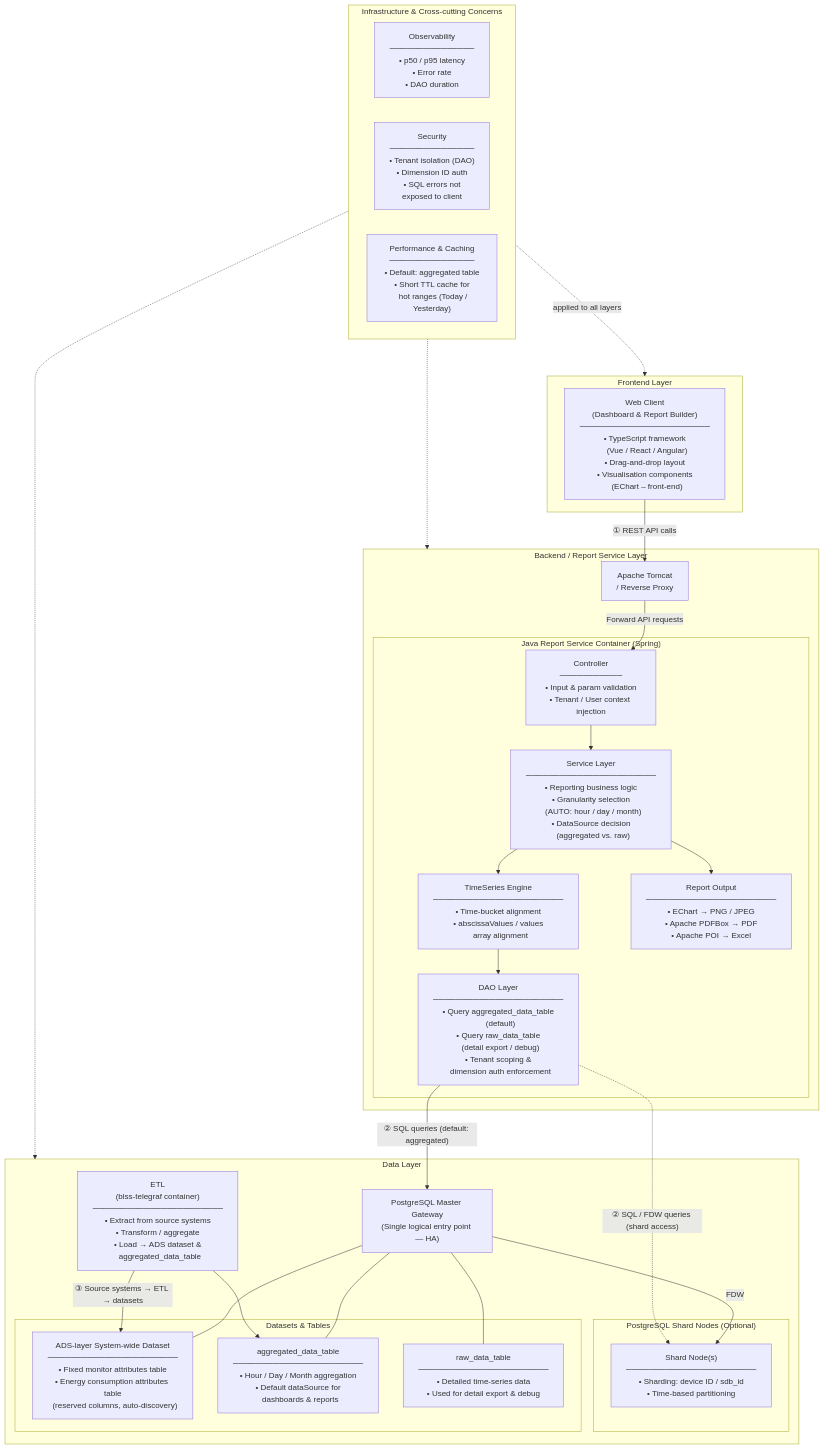
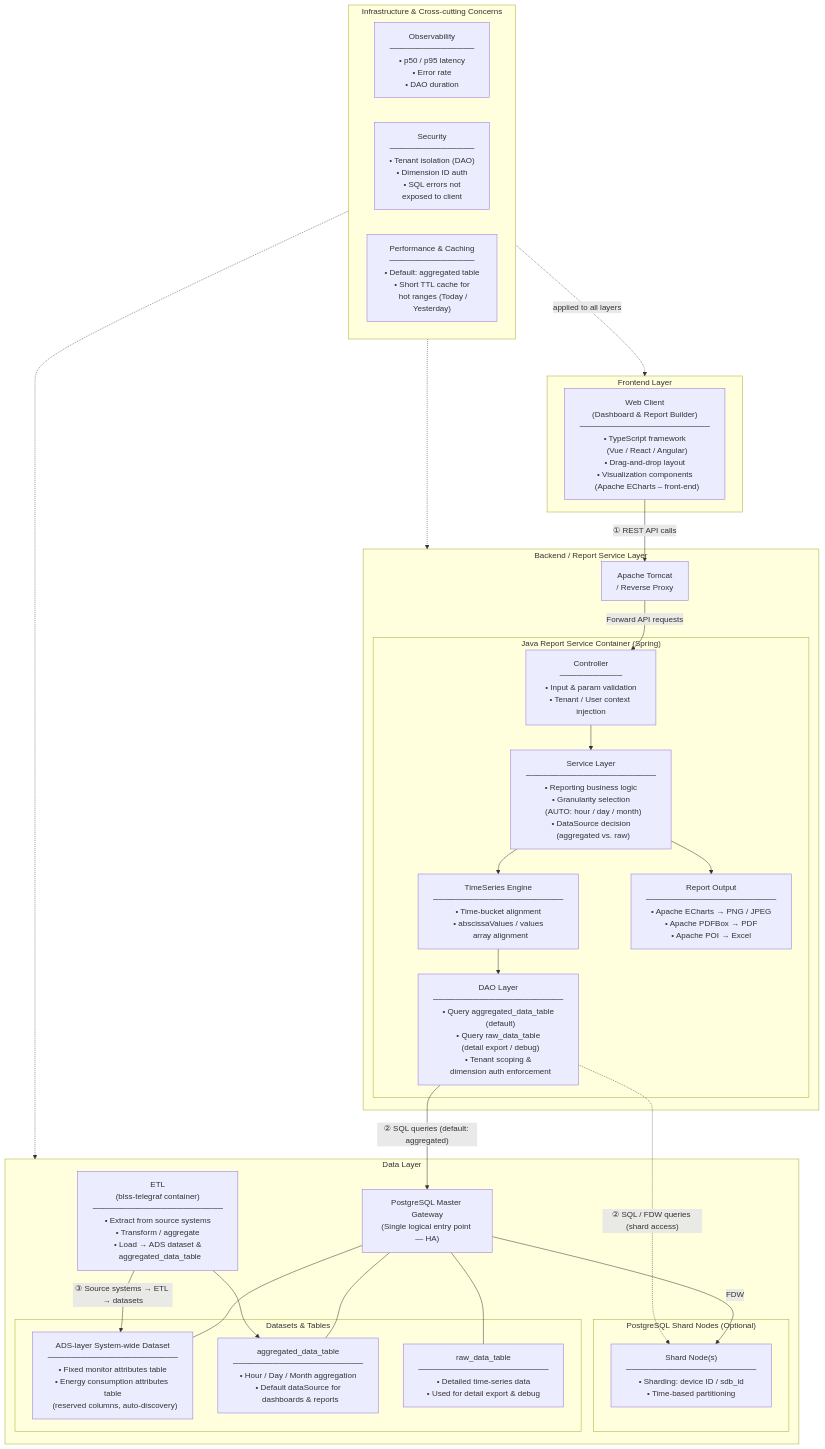
Before and after one commit to HelenXu3824/Helen-test: the diagram in docs/architecture/blss-report-platform-architecture.md, drawn with Mermaid. The commit also changed other lines of this file, not shown here.

Commit message:
docs: fix terminology (Visualization, Apache ECharts) per review
Agent-Logs-Url: https://github.com/HelenXu3824/Helen-test/sessions/cf9abdac-08a7-467b-91ac-8f1e3c5e747e

````diff
--- a/docs/architecture/blss-report-platform-architecture.md
+++ b/docs/architecture/blss-report-platform-architecture.md
@@ -9,78 +9,78 @@
 ```mermaid
 flowchart TD
     %% ─────────────────────────────────────────────────────
     %%  FRONTEND LAYER
     %% ─────────────────────────────────────────────────────
     subgraph FE["Frontend Layer"]
-        WC["Web Client\n(Dashboard & Report Builder)\n───────────────────────\n• TypeScript framework\n  (Vue / React / Angular)\n• Drag-and-drop layout\n• Visualisation components\n  (EChart – front-end)"]
+        WC["Web Client\n(Dashboard & Report Builder)\n───────────────────────\n• TypeScript framework\n  (Vue / React / Angular)\n• Drag-and-drop layout\n• Visualization components\n  (Apache ECharts – front-end)"]
     end
 
     %% ─────────────────────────────────────────────────────
     %%  BACKEND / REPORT SERVICE LAYER
     %% ─────────────────────────────────────────────────────
     subgraph BE["Backend / Report Service Layer"]
         RP["Apache Tomcat\n/ Reverse Proxy"]
 
         subgraph JRS["Java Report Service Container (Spring)"]
             CTL["Controller\n───────────\n• Input & param validation\n• Tenant / User context injection"]
             SVC["Service Layer\n───────────────────────\n• Reporting business logic\n• Granularity selection\n  (AUTO: hour / day / month)\n• DataSource decision\n  (aggregated vs. raw)"]
             TSE["TimeSeries Engine\n───────────────────────\n• Time-bucket alignment\n• abscissaValues / values\n  array alignment"]
             DAO["DAO Layer\n───────────────────────\n• Query aggregated_data_table\n  (default)\n• Query raw_data_table\n  (detail export / debug)\n• Tenant scoping &\n  dimension auth enforcement"]
-            OUT["Report Output\n───────────────────────\n• EChart → PNG / JPEG\n• Apache PDFBox → PDF\n• Apache POI → Excel"]
+            OUT["Report Output\n───────────────────────\n• Apache ECharts → PNG / JPEG\n• Apache PDFBox → PDF\n• Apache POI → Excel"]
         end
 
         RP -->|Forward API requests| CTL
         CTL --> SVC
         SVC --> TSE
         TSE --> DAO
         SVC --> OUT
     end
 
     %% ─────────────────────────────────────────────────────
     %%  DATA LAYER
     %% ─────────────────────────────────────────────────────
     subgraph DL["Data Layer"]
         PGM["PostgreSQL Master Gateway\n(Single logical entry point — HA)"]
 
         subgraph SN["PostgreSQL Shard Nodes (Optional)"]
             SH["Shard Node(s)\n───────────────────────\n• Sharding: device ID / sdb_id\n• Time-based partitioning"]
         end
 
         subgraph DS["Datasets & Tables"]
             ADS["ADS-layer System-wide Dataset\n───────────────────────\n• Fixed monitor attributes table\n• Energy consumption attributes table\n  (reserved columns, auto-discovery)"]
             AGG["aggregated_data_table\n───────────────────────\n• Hour / Day / Month aggregation\n• Default dataSource for\n  dashboards & reports"]
             RAW["raw_data_table\n───────────────────────\n• Detailed time-series data\n• Used for detail export & debug"]
         end
 
         ETL["ETL\n(blss-telegraf container)\n───────────────────────\n• Extract from source systems\n• Transform / aggregate\n• Load → ADS dataset &\n  aggregated_data_table"]
 
         PGM -->|FDW| SH
         PGM --- ADS
         PGM --- AGG
         PGM --- RAW
     end
 
     %% ─────────────────────────────────────────────────────
     %%  INFRASTRUCTURE / CROSS-CUTTING
     %% ─────────────────────────────────────────────────────
     subgraph INFRA["Infrastructure & Cross-cutting Concerns"]
         direction LR
         OBS["Observability\n───────────────\n• p50 / p95 latency\n• Error rate\n• DAO duration"]
         SEC["Security\n───────────────\n• Tenant isolation (DAO)\n• Dimension ID auth\n• SQL errors not\n  exposed to client"]
         PERF["Performance & Caching\n───────────────\n• Default: aggregated table\n• Short TTL cache for\n  hot ranges (Today / Yesterday)"]
     end
 
     %% ─────────────────────────────────────────────────────
     %%  KEY DATA FLOWS
     %% ─────────────────────────────────────────────────────
     WC -->|"① REST API calls"| RP
     DAO -->|"② SQL queries (default: aggregated)"| PGM
     DAO -.->|"② SQL / FDW queries (shard access)"| SH
     ETL -->|"③ Source systems → ETL → datasets"| ADS
     ETL --> AGG
 
     %% Infra annotations (logical association, not physical arrows)
     INFRA -.->|"applied to all layers"| FE
     INFRA -.-> BE
     INFRA -.-> DL
 ```
````
